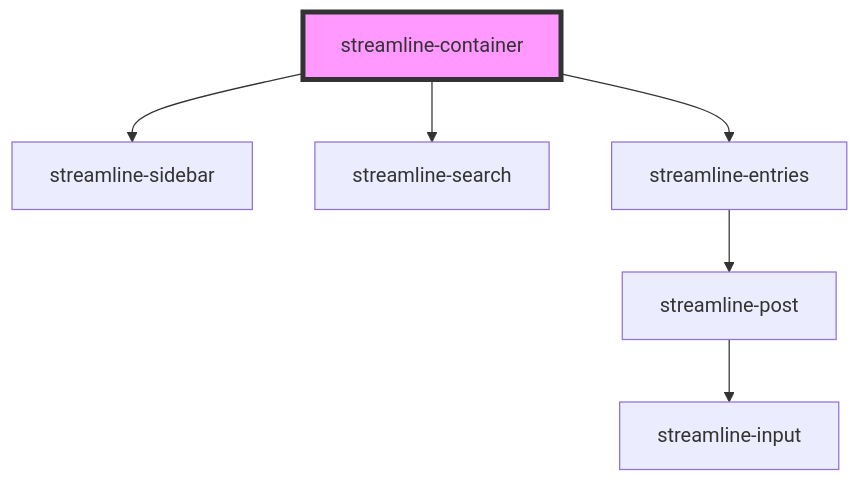
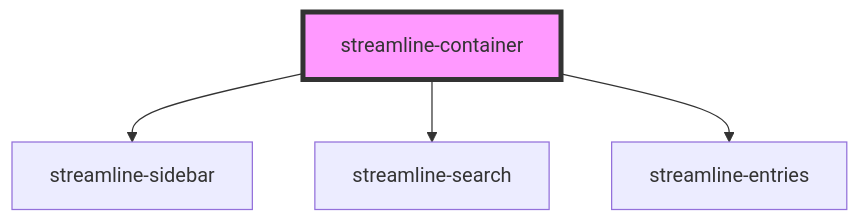
One commit to dnnsjsk/streamline changed the diagram in stencil/src/components/streamline-container/readme.md. Above: the diagram before and after it, drawn with Mermaid. The commit also changed 27 other files, not shown here.

````diff
--- a/stencil/src/components/streamline-container/readme.md
+++ b/stencil/src/components/streamline-container/readme.md
@@ -46,9 +46,7 @@
 ```mermaid
 graph TD;
   streamline-container --> streamline-sidebar
   streamline-container --> streamline-search
   streamline-container --> streamline-entries
-  streamline-entries --> streamline-post
-  streamline-post --> streamline-input
   style streamline-container fill:#f9f,stroke:#333,stroke-width:4px
 ```
````
